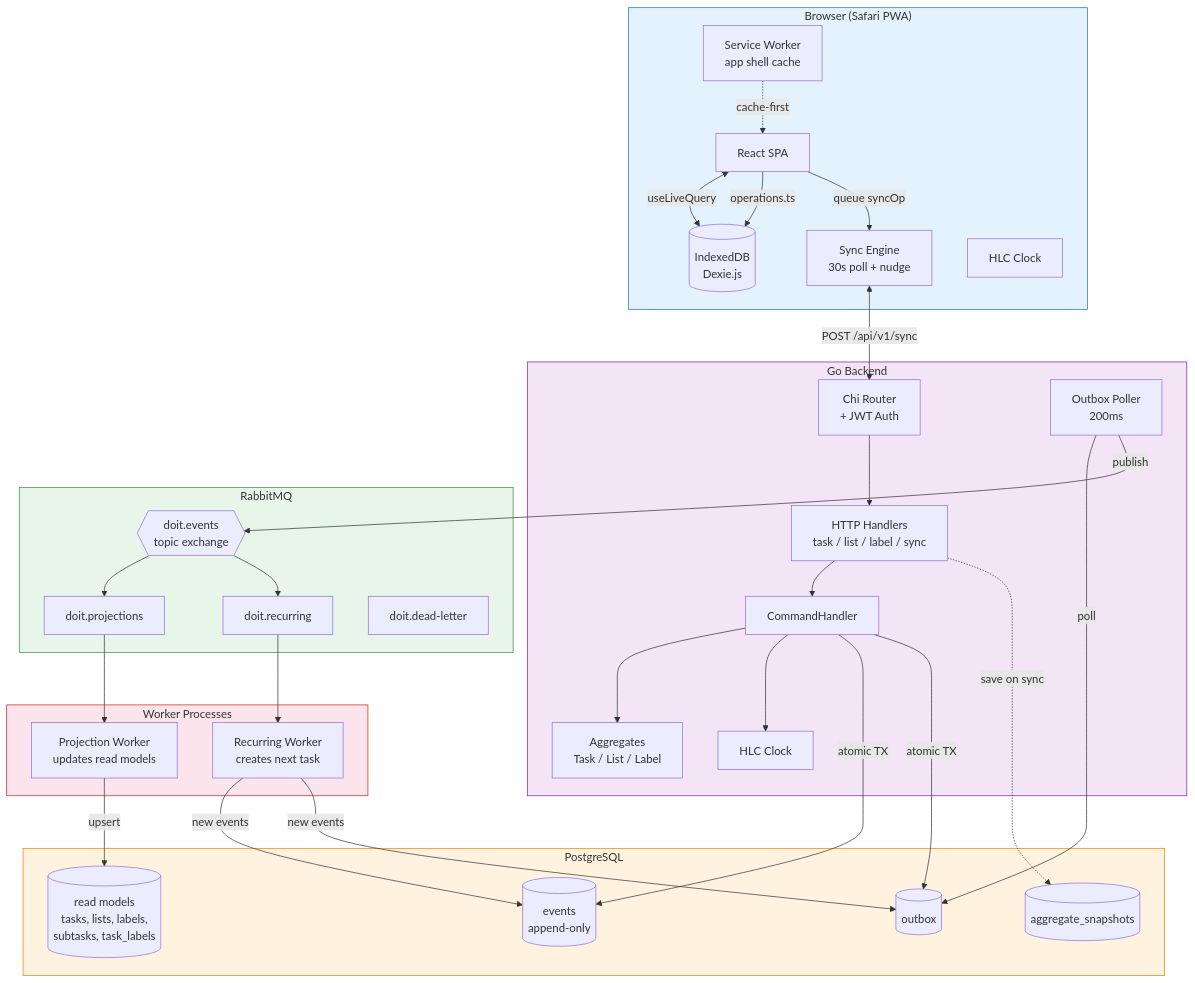
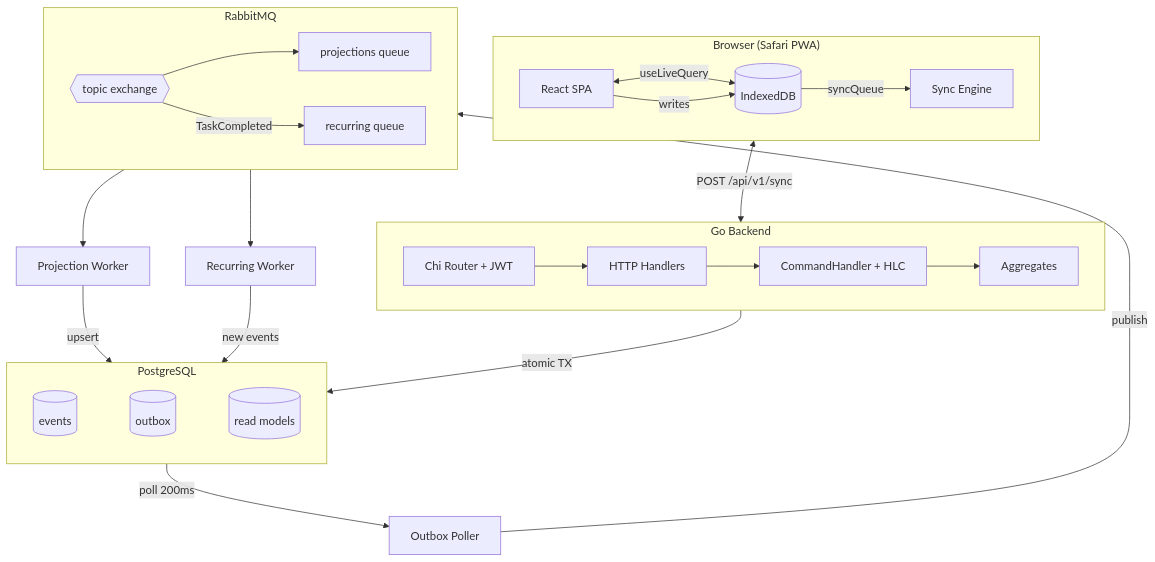
One commit to vasi1796/doit changed the diagram in docs/diagrams/006-system-overview.md. Above: the diagram before and after it, drawn with Mermaid. The commit also changed other lines of this file, not shown here.

Commit message:
docs: simplify system overview diagram to reduce crossing lines

````diff
--- a/docs/diagrams/006-system-overview.md
+++ b/docs/diagrams/006-system-overview.md
@@ -5,70 +5,40 @@
 ```mermaid
 flowchart TB
     subgraph Client["Browser (Safari PWA)"]
-        SW[Service Worker<br/>app shell cache]
-        React[React SPA]
-        IDB[(IndexedDB<br/>Dexie.js)]
-        SE[Sync Engine<br/>30s poll + nudge]
-        HLC_C[HLC Clock]
+        direction LR
+        React[React SPA] <-->|useLiveQuery| IDB[(IndexedDB)]
+        React -->|writes| IDB
+        IDB -->|syncQueue| SE[Sync Engine]
     end
 
+    SE <-->|"POST /api/v1/sync"| Server
+
     subgraph Server["Go Backend"]
-        Router[Chi Router<br/>+ JWT Auth]
-        Handlers[HTTP Handlers<br/>task / list / label / sync]
-        CMD[CommandHandler]
-        Agg[Aggregates<br/>Task / List / Label]
-        HLC_S[HLC Clock]
-        Poller[Outbox Poller<br/>200ms]
+        direction LR
+        Router[Chi Router + JWT] --> Handlers[HTTP Handlers]
+        Handlers --> CMD[CommandHandler + HLC]
+        CMD --> Agg[Aggregates]
     end
 
-    subgraph Postgres["PostgreSQL"]
-        Events[(events<br/>append-only)]
-        Outbox[(outbox)]
-        ReadModels[(read models<br/>tasks, lists, labels,<br/>subtasks, task_labels)]
-        Snapshots[(aggregate_snapshots)]
+    CMD -->|"atomic TX"| PG
+
+    subgraph PG["PostgreSQL"]
+        direction LR
+        Events[(events)] ~~~ Outbox[(outbox)] ~~~ RM[(read models)]
     end
 
+    Outbox -->|"poll 200ms"| Poller[Outbox Poller]
+    Poller -->|publish| MQ
+
     subgraph MQ["RabbitMQ"]
-        Exchange{{doit.events<br/>topic exchange}}
-        ProjQ[doit.projections]
-        RecQ[doit.recurring]
-        DLQ[doit.dead-letter]
+        direction LR
+        Exchange{{topic exchange}} --> ProjQ[projections queue]
+        Exchange -->|TaskCompleted| RecQ[recurring queue]
     end
 
-    subgraph Workers["Worker Processes"]
-        ProjW[Projection Worker<br/>updates read models]
-        RecW[Recurring Worker<br/>creates next task]
-    end
+    ProjQ --> ProjW[Projection Worker]
+    RecQ --> RecW[Recurring Worker]
 
-    %% Client flows
-    React <-->|useLiveQuery| IDB
-    React -->|operations.ts| IDB
-    React -->|queue syncOp| SE
-    SE <-->|POST /api/v1/sync| Router
-    SW -.->|cache-first| React
-
-    %% Server flows
-    Router --> Handlers
-    Handlers --> CMD
-    CMD --> Agg
-    CMD --> HLC_S
-    CMD -->|atomic TX| Events & Outbox
-
-    %% Async pipeline
-    Poller -->|poll| Outbox
-    Poller -->|publish| Exchange
-    Exchange --> ProjQ & RecQ
-    ProjQ --> ProjW
-    RecQ --> RecW
-    ProjW -->|upsert| ReadModels
-    RecW -->|new events| Events & Outbox
-
-    %% Snapshots
-    Handlers -.->|save on sync| Snapshots
-
-    style Client fill:#e3f2fd,stroke:#1976d2
-    style Server fill:#f3e5f5,stroke:#7b1fa2
-    style Postgres fill:#fff3e0,stroke:#f57c00
-    style MQ fill:#e8f5e9,stroke:#388e3c
-    style Workers fill:#fce4ec,stroke:#c62828
+    ProjW -->|upsert| RM
+    RecW -->|new events| Events
 ```
````
